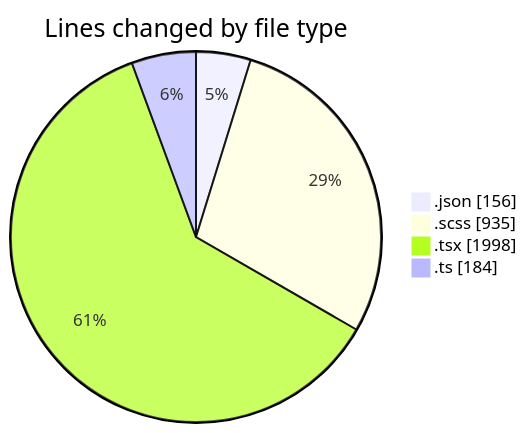
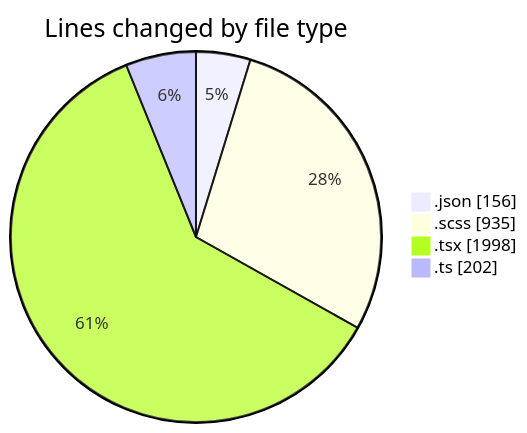
The first of 2 diagrams in 2026-02-17/cda/README.md (momahboobian/code-tracking), drawn with Mermaid before and after one commit. The commit also changed other lines of this file and 1 other file, not shown here.

````diff
--- a/2026-02-17/cda/README.md
+++ b/2026-02-17/cda/README.md
@@ -31,8 +31,8 @@
 ```mermaid
 pie showData
 title Lines changed by file type
 ".json" : 156
 ".scss" : 935
 ".tsx" : 1998
-".ts" : 184
+".ts" : 202
 ```
````
